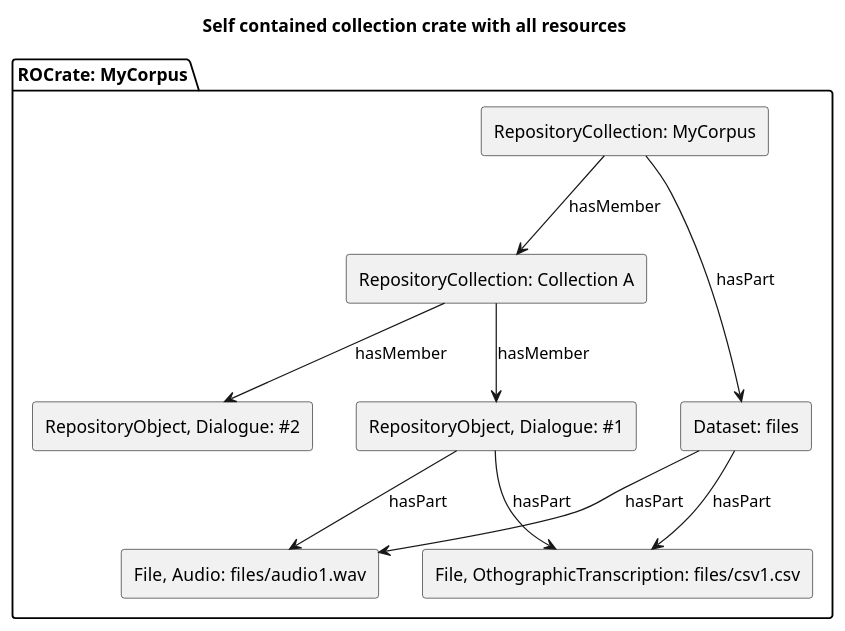
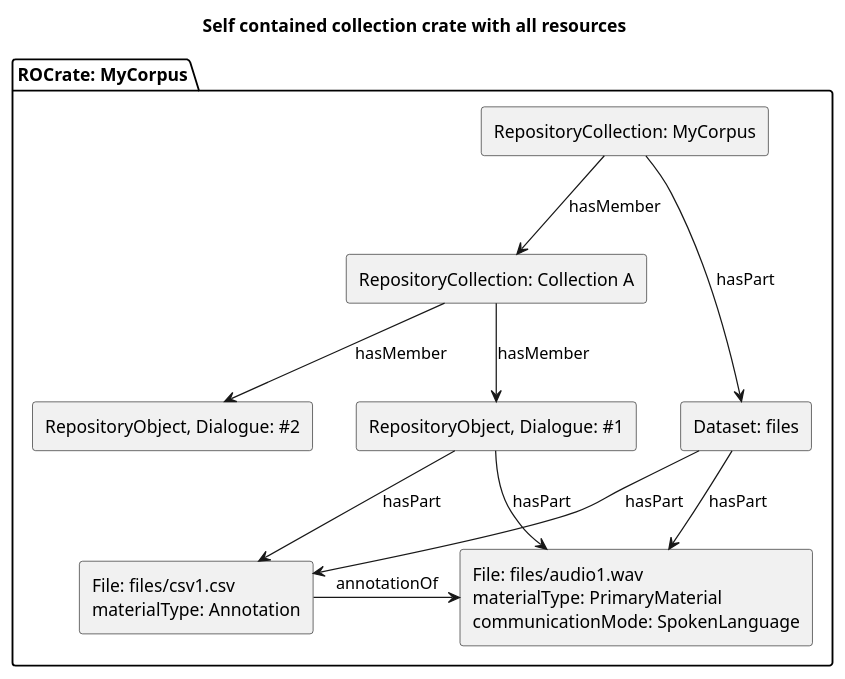
The diagram in profile/media/bundled-crate.puml (Language-Research-Technology/ldac-profile), drawn with PlantUML before and after one commit.

Commit message:
Updating diagrams

```diff
--- a/profile/media/bundled-crate.puml
+++ b/profile/media/bundled-crate.puml
@@ -2,38 +2,38 @@
 @startuml
 title: Self contained collection crate with all resources
 package "ROCrate: MyCorpus" {
    rectangle "RepositoryCollection: MyCorpus" as cc {
 
    }
    rectangle "RepositoryObject, Dialogue: #1" as o1 {
 
    }
    rectangle "RepositoryObject, Dialogue: #2" as o2 {
 
    }
-   rectangle "File, Audio:  files/audio1.wav" as a1
-   rectangle "File, OthographicTranscription: files/csv1.csv" as csv1
+   rectangle "File: files/audio1.wav\nmaterialType: PrimaryMaterial\ncommunicationMode: SpokenLanguage" as a1
+   rectangle "File: files/csv1.csv\nmaterialType: Annotation" as csv1
    rectangle "Dataset: files" as files
 
-
+  csv1 -> a1: annotationOf
 
    rectangle "RepositoryCollection: Collection A" as c2 {
 
    }
    cc -down-> c2 : hasMember
 
    c2 -down-> o1 : hasMember
    c2 -down-> o2 : hasMember
 
    o1 -down-> a1 : hasPart
    o1 -down-> csv1 : hasPart
 
 
    cc -down-> files : hasPart
    files -down-> csv1 : hasPart
    files -down-> a1 : hasPart
 
 
 }
 
 @enduml
```
